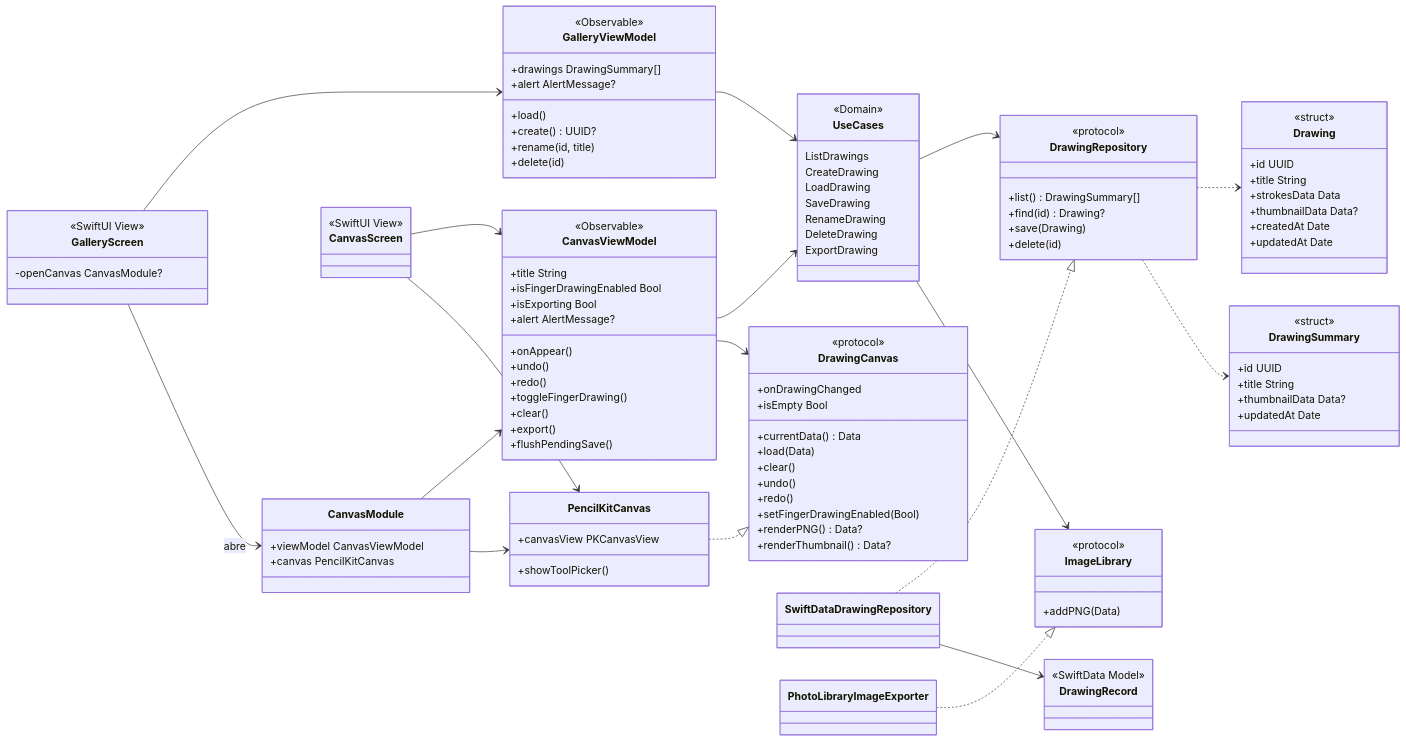
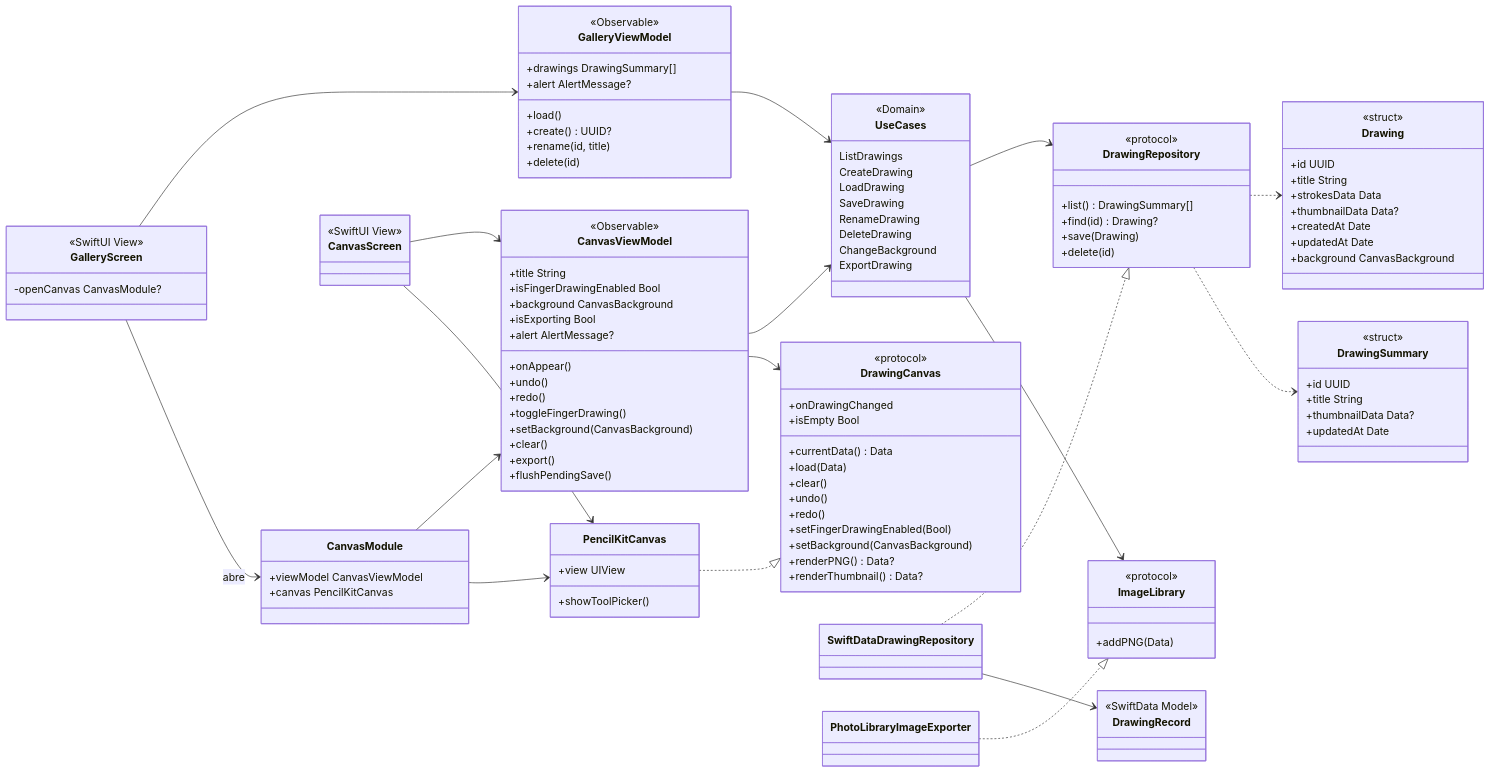
Before and after one commit to jhonjairo6230/DrawPad: the second of 9 diagrams in docs/arquitectura.md, drawn with Mermaid. The commit also changed other lines of this file and 2 other files, not shown here.

```diff
--- a/docs/arquitectura.md
+++ b/docs/arquitectura.md
@@ -162,12 +166,14 @@
         <<Observable>>
         +title String
         +isFingerDrawingEnabled Bool
+        +background CanvasBackground
         +isExporting Bool
         +alert AlertMessage?
         +onAppear()
         +undo()
         +redo()
         +toggleFingerDrawing()
+        +setBackground(CanvasBackground)
         +clear()
         +export()
         +flushPendingSave()
@@ -182,11 +188,12 @@
         +undo()
         +redo()
         +setFingerDrawingEnabled(Bool)
+        +setBackground(CanvasBackground)
         +renderPNG() Data?
         +renderThumbnail() Data?
     }
     class PencilKitCanvas {
-        +canvasView PKCanvasView
+        +view UIView
         +showToolPicker()
     }
     class UseCases {
@@ -197,6 +204,7 @@
         SaveDrawing
         RenameDrawing
         DeleteDrawing
+        ChangeBackground
         ExportDrawing
     }
     class DrawingRepository {
@@ -218,6 +226,7 @@
         +thumbnailData Data?
         +createdAt Date
         +updatedAt Date
+        +background CanvasBackground
     }
     class DrawingSummary {
         <<struct>>
```
